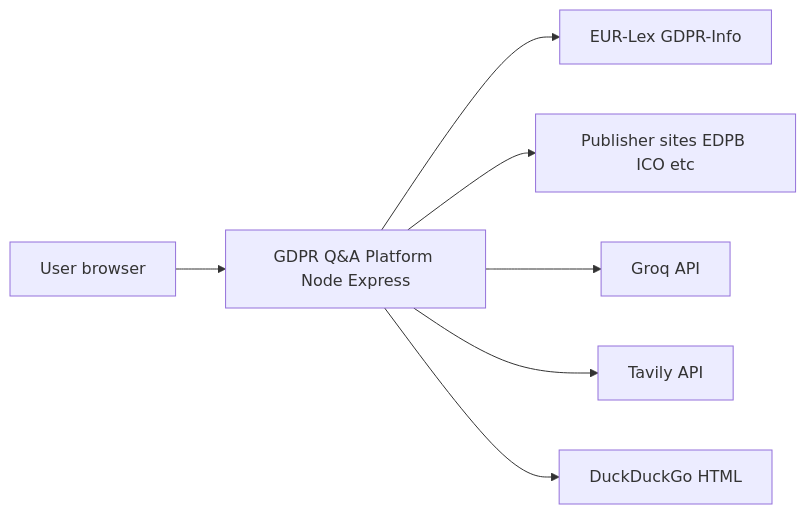
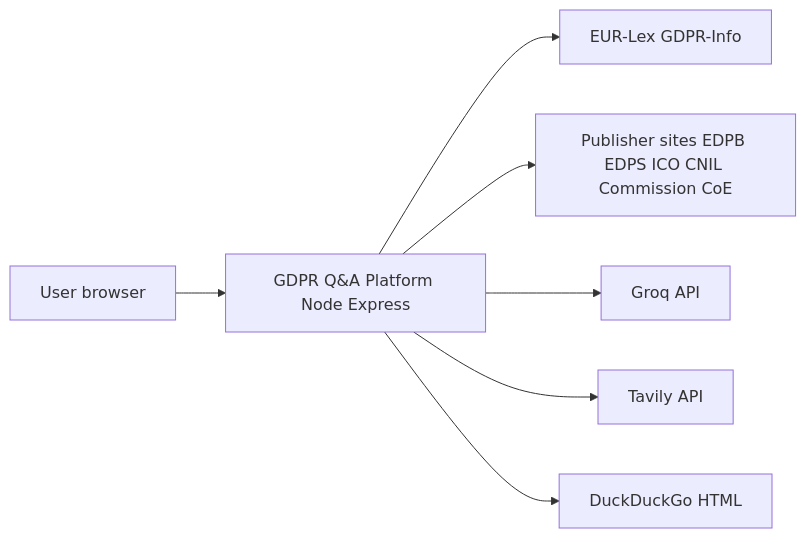
The first of 3 diagrams in docs/ARCHITECTURE.md (RifqiMT/gdpr-qa-platform), drawn with Mermaid before and after one commit. The commit also changed other lines of this file and 27 other files, not shown here.

````diff
--- a/docs/ARCHITECTURE.md
+++ b/docs/ARCHITECTURE.md
@@ -6,17 +6,17 @@
 ```mermaid
 flowchart LR
   user[User browser]
   app[GDPR Q&A Platform Node Express]
   eurlex[EUR-Lex GDPR-Info]
-  news[Publisher sites EDPB ICO etc]
+  news[Publisher sites EDPB EDPS ICO CNIL Commission CoE]
   groq[Groq API]
   tavily[Tavily API]
   ddg[DuckDuckGo HTML]
 
   user --> app
   app --> eurlex
   app --> news
   app --> groq
   app --> tavily
   app --> ddg
 ```
````
